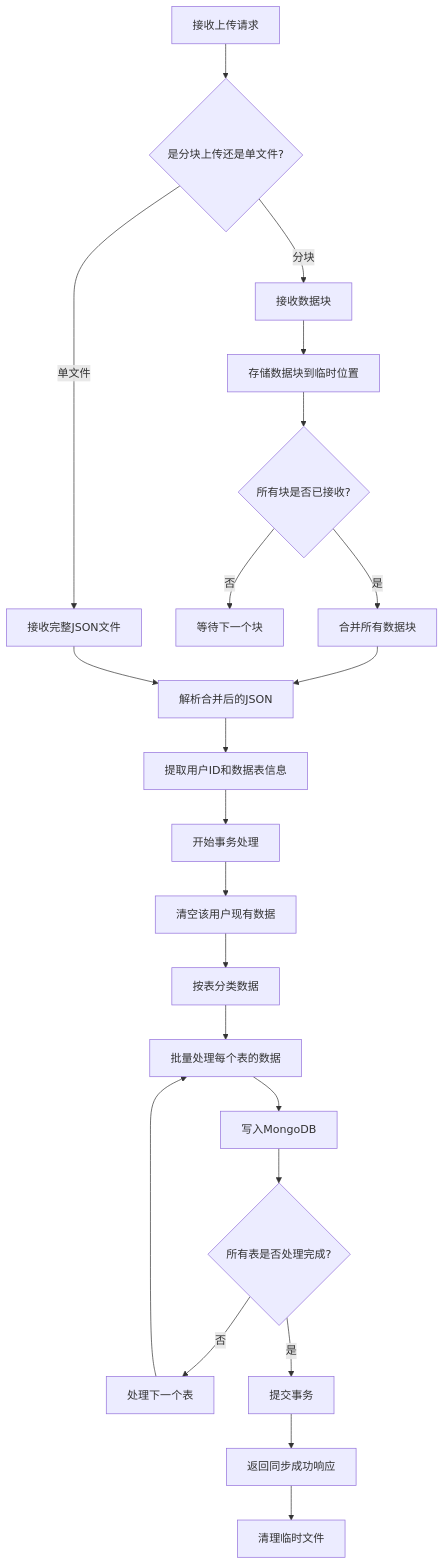
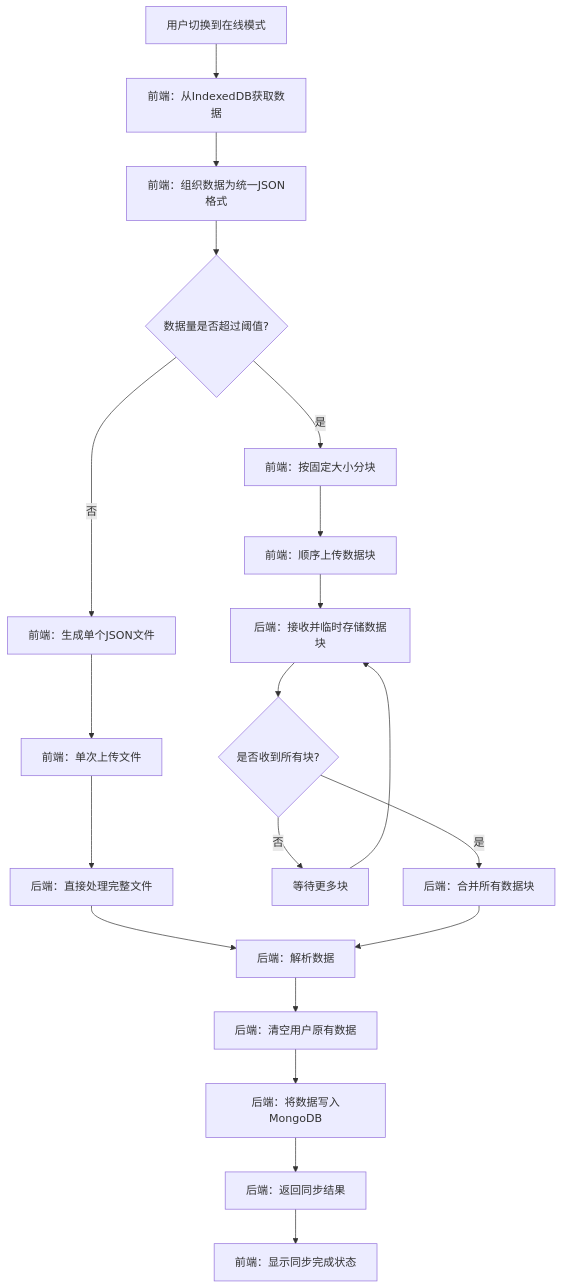
Before and after one commit to yingjianzh/iodraw-files: the diagram in all/未命名-59.md, drawn with Mermaid.

Commit message:
2025-05-14 17:19:13 update

````diff
--- a/all/未命名-59.md
+++ b/all/未命名-59.md
@@ -1,24 +1,22 @@
 ```mermaid
 flowchart TD
-    A[接收上传请求] --> B{是分块上传还是单文件?}
-    B -->|单文件| C[接收完整JSON文件]
-    B -->|分块| D[接收数据块]
-    D --> E[存储数据块到临时位置]
-    E --> F{所有块是否已接收?}
-    F -->|否| G[等待下一个块]
-    F -->|是| H[合并所有数据块]
-    H --> I[解析合并后的JSON]
-    C --> I
-    I --> J[提取用户ID和数据表信息]
-    J --> K[开始事务处理]
-    K --> L[清空该用户现有数据]
-    L --> M[按表分类数据]
-    M --> N[批量处理每个表的数据]
-    N --> O[写入MongoDB]
-    O --> P{所有表是否处理完成?}
-    P -->|否| Q[处理下一个表]
-    Q --> N
-    P -->|是| R[提交事务]
-    R --> S[返回同步成功响应]
-    S --> T[清理临时文件]
+    A[用户切换到在线模式] --> B[前端：从IndexedDB获取数据]
+    B --> C[前端：组织数据为统一JSON格式]
+    C --> D{数据量是否超过阈值?}
+    D -->|是| E[前端：按固定大小分块]
+    D -->|否| F[前端：生成单个JSON文件]
+    E --> G[前端：顺序上传数据块]
+    F --> H[前端：单次上传文件]
+    G --> I[后端：接收并临时存储数据块]
+    H --> J[后端：直接处理完整文件]
+    I --> K{是否收到所有块?}
+    K -->|否| L[等待更多块]
+    L --> I
+    K -->|是| M[后端：合并所有数据块]
+    J --> N[后端：解析数据]
+    M --> N
+    N --> O[后端：清空用户原有数据]
+    O --> P[后端：将数据写入MongoDB]
+    P --> Q[后端：返回同步结果]
+    Q --> R[前端：显示同步完成状态]
 ```
````
